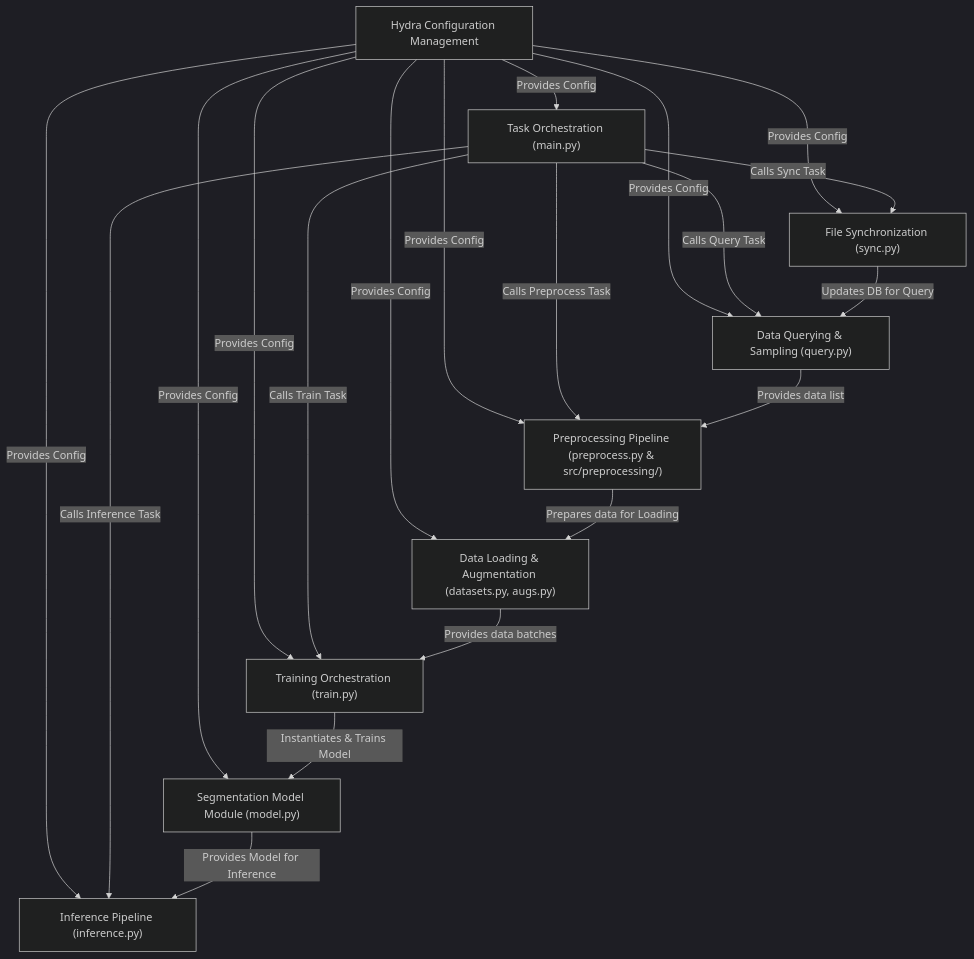
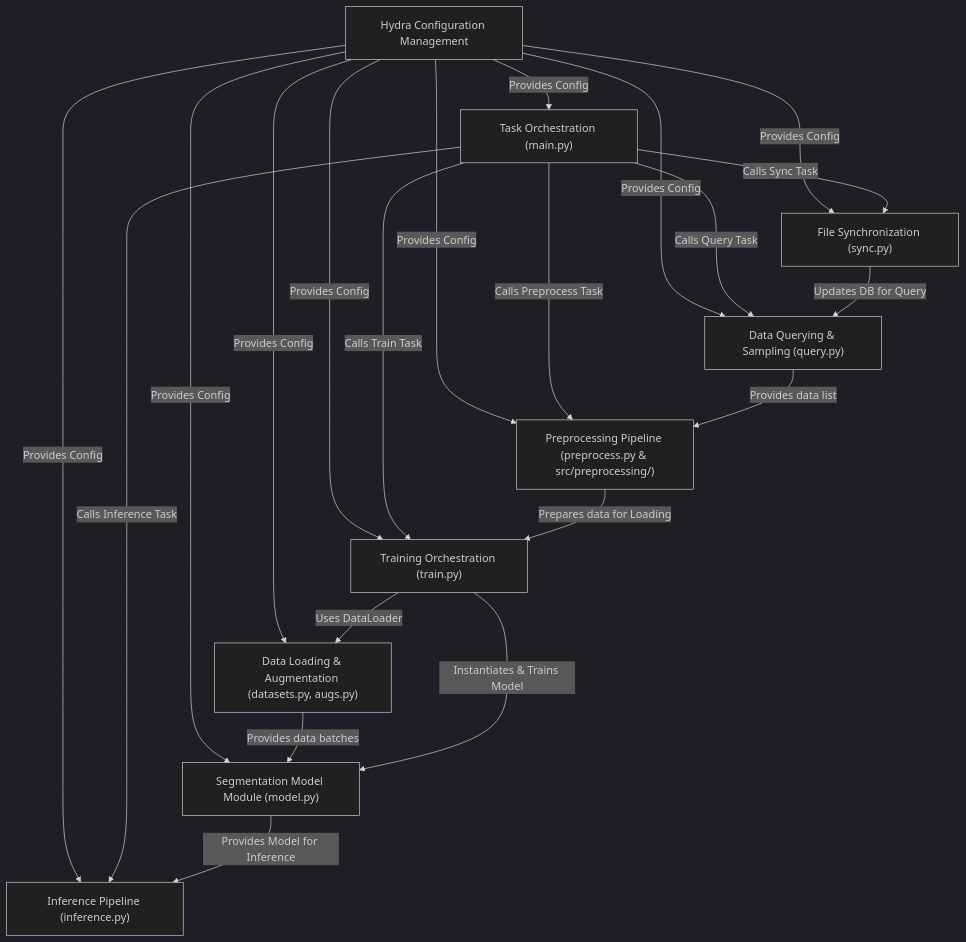
One commit to precision-sustainable-ag/SemiF-Segmentation changed the diagram in README.md. Above: the diagram before and after it, drawn with Mermaid (dark theme).

````diff
--- a/README.md
+++ b/README.md
@@ -8,40 +8,35 @@
 ```mermaid
 flowchart TD
-    A0["Hydra Configuration Management
-"]
-    A1["Task Orchestration (main.py)
-"]
-    A2["Data Querying & Sampling (query.py)
-"]
-    A3["Preprocessing Pipeline (preprocess.py & src/preprocessing/)
-"]
-    A4["Segmentation Model Module (model.py)
-"]
-    A5["Data Loading & Augmentation (datasets.py, augs.py)
-"]
-    A6["Training Orchestration (train.py)
-"]
-    A7["Inference Pipeline (inference.py)
-"]
-    A8["File Synchronization (sync.py)
-"]
+    A0["Hydra Configuration Management"]
+    A1["Task Orchestration (main.py)"]
+    A2["Data Querying & Sampling (query.py)"]
+    A3["Preprocessing Pipeline (preprocess.py & src/preprocessing/)"]
+    A4["Segmentation Model Module (model.py)"]
+    A5["Data Loading & Augmentation (datasets.py, augs.py)"]
+    A6["Training Orchestration (train.py)"]
+    A7["Inference Pipeline (inference.py)"]
+    A8["File Synchronization (sync.py)"]
+
     A0 -- "Provides Config" --> A1
     A0 -- "Provides Config" --> A2
     A0 -- "Provides Config" --> A3
     A0 -- "Provides Config" --> A4
     A0 -- "Provides Config" --> A5
     A0 -- "Provides Config" --> A6
     A0 -- "Provides Config" --> A7
     A0 -- "Provides Config" --> A8
+
     A1 -- "Calls Query Task" --> A2
     A1 -- "Calls Preprocess Task" --> A3
     A1 -- "Calls Train Task" --> A6
     A1 -- "Calls Inference Task" --> A7
     A1 -- "Calls Sync Task" --> A8
+
     A2 -- "Provides data list" --> A3
-    A3 -- "Prepares data for Loading" --> A5
+    A3 -- "Prepares data for Loading" --> A6
+    A6 -- "Uses DataLoader" --> A5
+    A5 -- "Provides data batches" --> A4
+    A6 -- "Instantiates & Trains Model" --> A4
     A4 -- "Provides Model for Inference" --> A7
-    A5 -- "Provides data batches" --> A6
-    A6 -- "Instantiates & Trains Model" --> A4
     A8 -- "Updates DB for Query" --> A2
 ```
````
